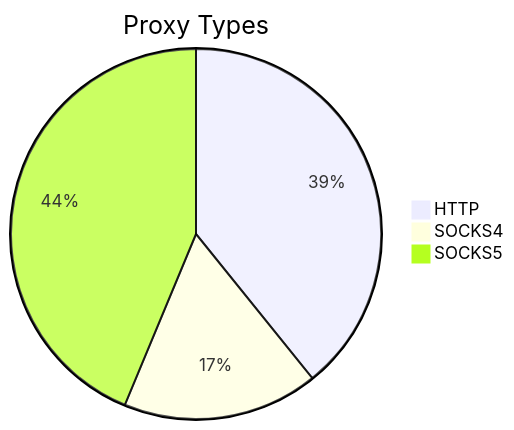
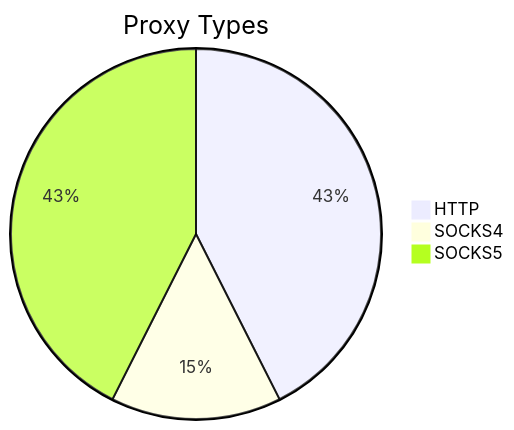
One commit to stormsia/proxy-list changed the first of 2 diagrams in README.md. Above: the diagram before and after it, drawn with Mermaid. The commit also changed other lines of this file, not shown here.

````diff
--- a/README.md
+++ b/README.md
@@ -21,6 +21,6 @@
 ```mermaid
 pie title Proxy Types
-    "HTTP" : 156
-    "SOCKS4" : 68
-    "SOCKS5" : 174
+    "HTTP" : 100
+    "SOCKS4" : 35
+    "SOCKS5" : 100
 ```
````
